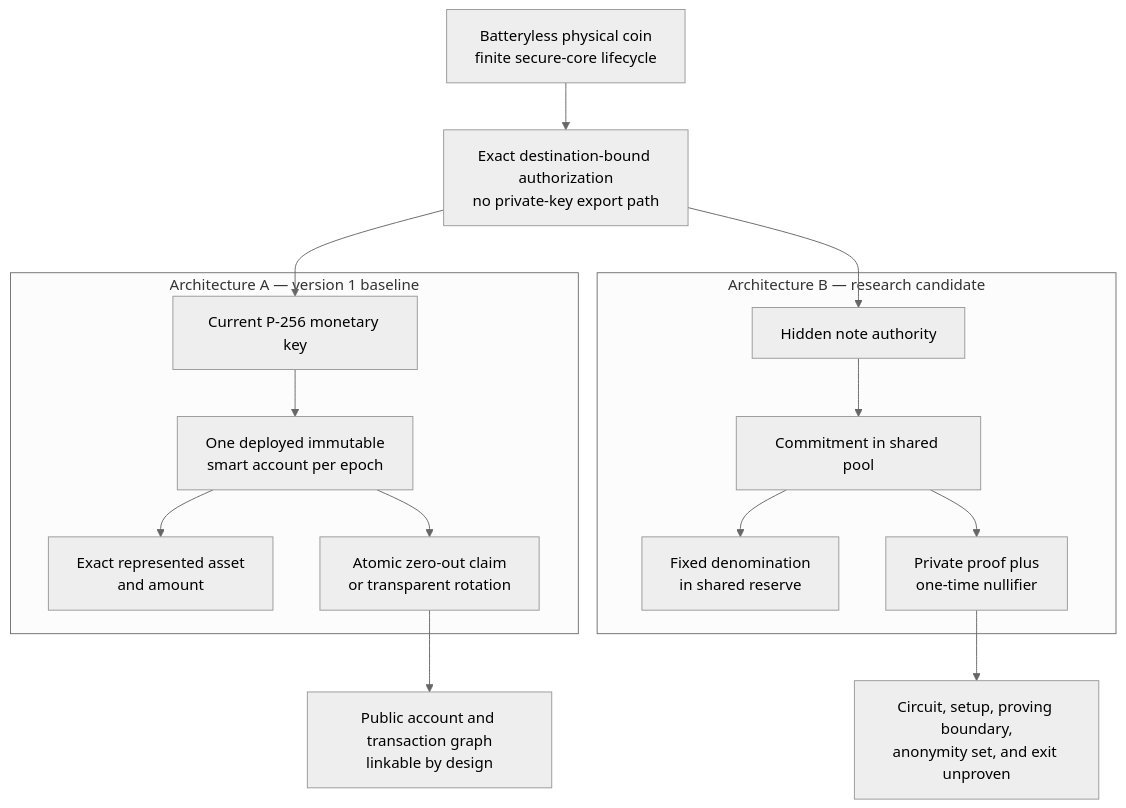
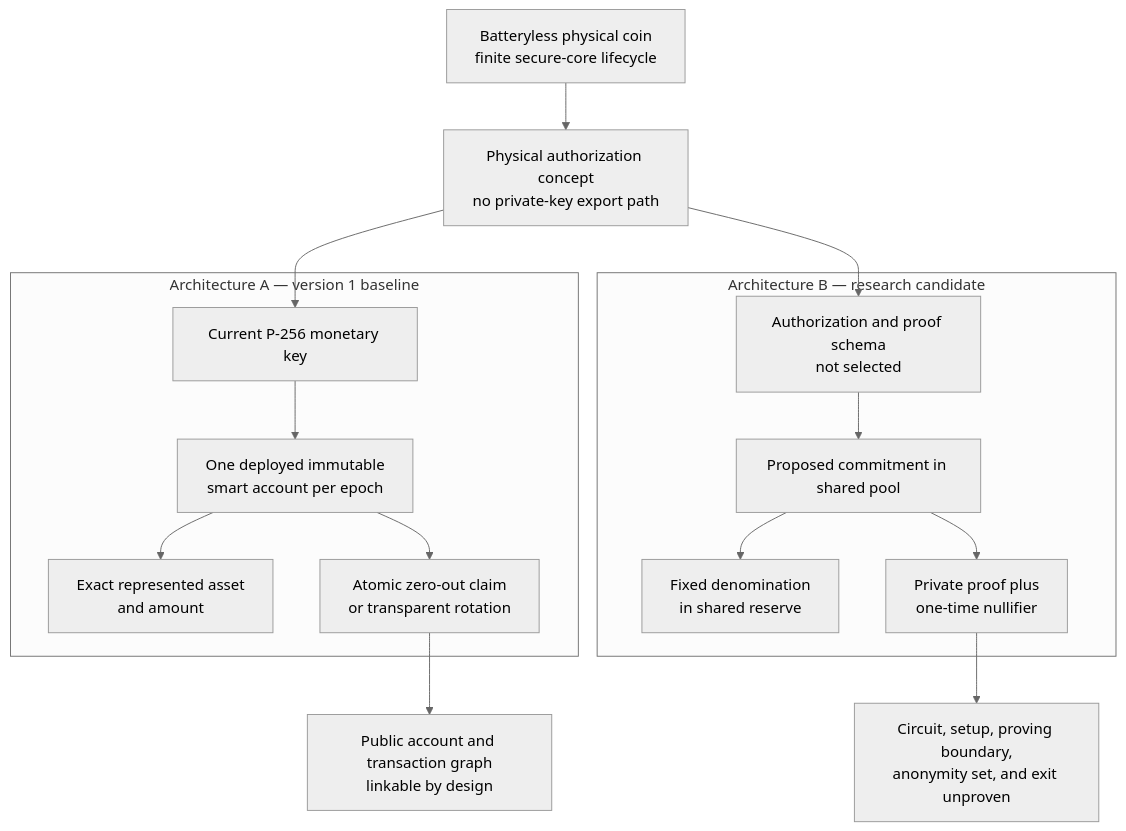
One commit to bonklek/rfc-bearer-coins changed the diagram in docs/architecture-at-a-glance.md. Above: the diagram before and after it, drawn with Mermaid (neutral theme). The commit also changed 21 other files, not shown here.

````diff
--- a/docs/architecture-at-a-glance.md
+++ b/docs/architecture-at-a-glance.md
@@ -6,26 +6,26 @@
 ```mermaid
 flowchart TB
     Coin["Batteryless physical coin<br/>finite secure-core lifecycle"]
-    Intent["Exact destination-bound authorization<br/>no private-key export path"]
-    Coin --> Intent
+    Concept["Physical authorization concept<br/>no private-key export path"]
+    Coin --> Concept
 
-    Intent --> AKey
-    Intent --> BNote
+    Concept --> AKey
+    Concept --> BNote
 
     subgraph A["Architecture A — version 1 baseline"]
         AKey["Current P-256 monetary key"] --> Account["One deployed immutable<br/>smart account per epoch"]
         Account --> AssetA["Exact represented asset<br/>and amount"]
         Account --> ClaimA["Atomic zero-out claim<br/>or transparent rotation"]
     end
 
     subgraph B["Architecture B — research candidate"]
-        BNote["Hidden note authority"] --> Commitment["Commitment in shared pool"]
+        BNote["Authorization and proof schema<br/>not selected"] --> Commitment["Proposed commitment in shared pool"]
         Commitment --> AssetB["Fixed denomination<br/>in shared reserve"]
         Commitment --> ClaimB["Private proof plus<br/>one-time nullifier"]
     end
 
     ALeak["Public account and transaction graph<br/>linkable by design"]
     BGate["Circuit, setup, proving boundary,<br/>anonymity set, and exit unproven"]
     ClaimA --> ALeak
     ClaimB --> BGate
 ```
````
